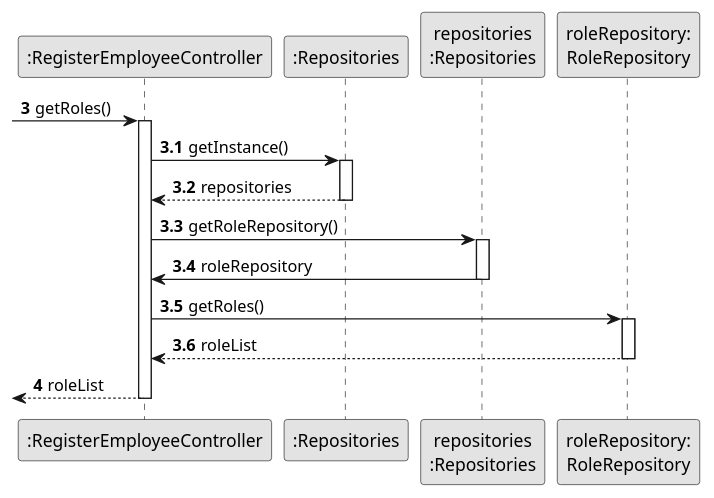
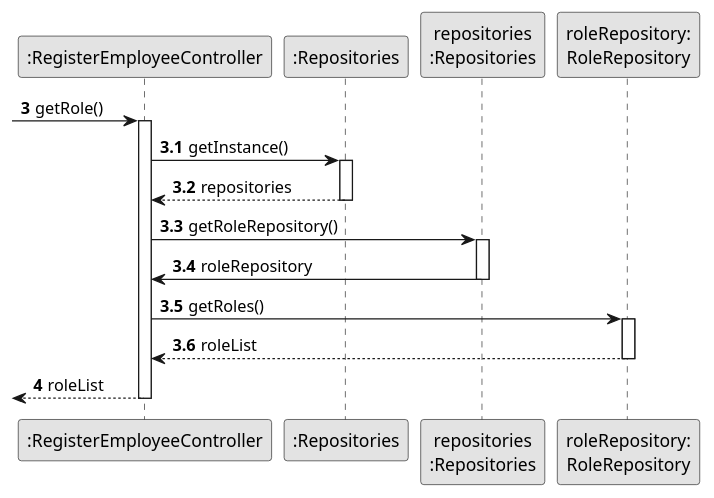
One commit to Shushizinho/RealEstateUSASystem changed the diagram in docs/sprintD/us003/03.design/puml/us003-sequence-diagram-partial-get-roles-list.puml. Above: the diagram before and after it, drawn with PlantUML. The commit also changed 10 other files, not shown here.

```diff
--- a/docs/sprintD/us003/03.design/puml/us003-sequence-diagram-partial-get-roles-list.puml
+++ b/docs/sprintD/us003/03.design/puml/us003-sequence-diagram-partial-get-roles-list.puml
@@ -1,45 +1,45 @@
 @startuml
 skinparam monochrome true
 skinparam packageStyle rectangle
 skinparam shadowing false
 
 autonumber 3
 
 'hide footbox
 participant ":RegisterEmployeeController" as CTRL
 participant ":Repositories" as RepositorySingleton
 participant "repositories\n:Repositories" as PLAT
 participant "roleRepository:\nRoleRepository" as ROLR
 
 
 
 
-     -> CTRL : getRoles()
+     -> CTRL : getRole()
         activate CTRL
         autonumber 3.1
                 CTRL -> RepositorySingleton : getInstance()
                 activate RepositorySingleton
 
                     RepositorySingleton --> CTRL: repositories
                 deactivate RepositorySingleton
 
                 CTRL -> PLAT : getRoleRepository()
                 activate PLAT
 
                     PLAT -> CTRL : roleRepository
                 deactivate PLAT
 
                 CTRL -> ROLR : getRoles()
                 activate ROLR
 
                     ROLR --> CTRL : roleList
 
                 deactivate ROLR
 
 
 
             autonumber 4
             <--CTRL :  roleList
 
         deactivate CTRL
 @enduml
```
